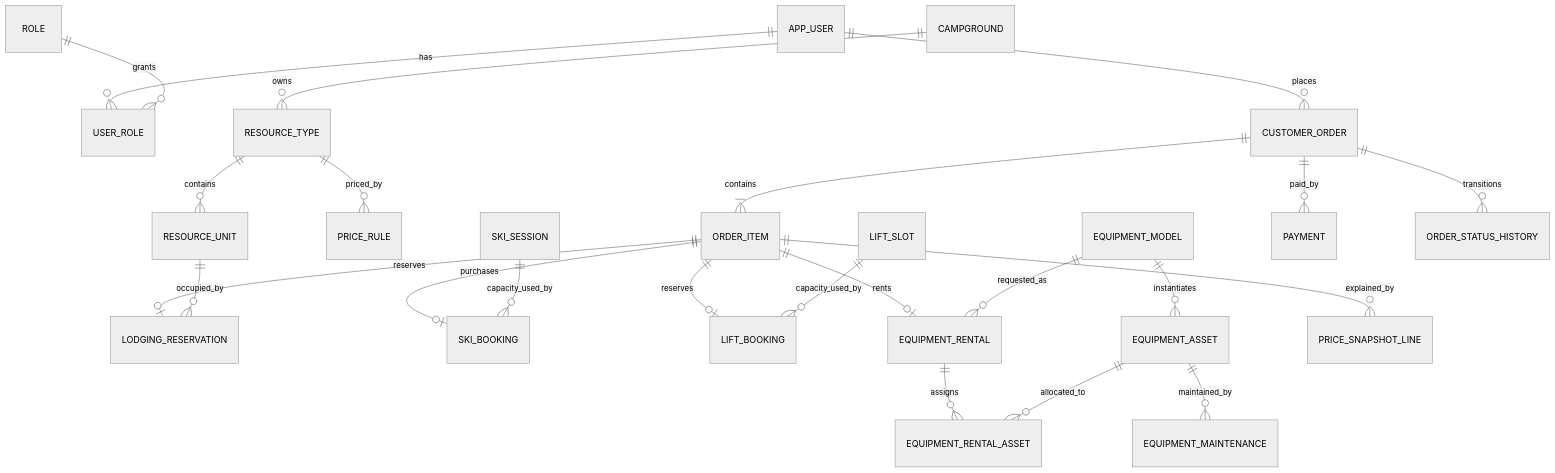
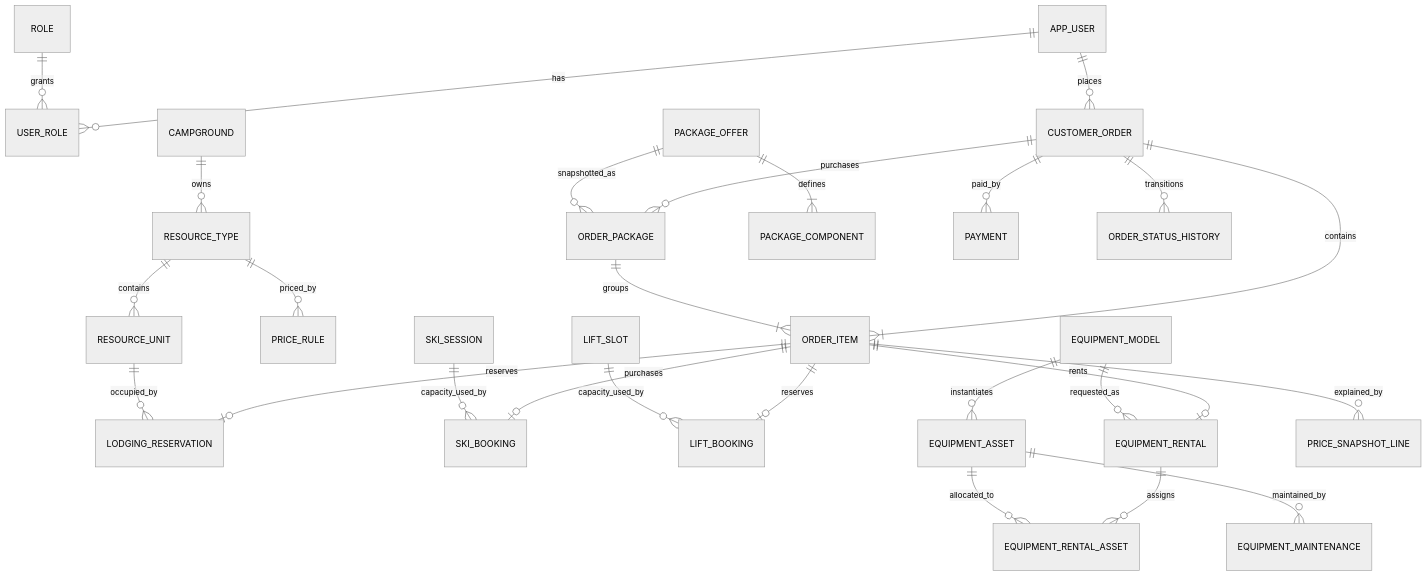
Before and after one commit to kamiweiwei12/-: the diagram in docs/design/DATABASE_DESIGN.md, drawn with Mermaid (neutral theme). The commit also changed other lines of this file and 17 other files, not shown here.

````diff
--- a/docs/design/DATABASE_DESIGN.md
+++ b/docs/design/DATABASE_DESIGN.md
@@ -7,25 +7,29 @@
 ```mermaid
 erDiagram
     APP_USER ||--o{ USER_ROLE : has
     ROLE ||--o{ USER_ROLE : grants
     APP_USER ||--o{ CUSTOMER_ORDER : places
     CAMPGROUND ||--o{ RESOURCE_TYPE : owns
     RESOURCE_TYPE ||--o{ RESOURCE_UNIT : contains
     RESOURCE_TYPE ||--o{ PRICE_RULE : priced_by
     CUSTOMER_ORDER ||--|{ ORDER_ITEM : contains
+    CUSTOMER_ORDER ||--o{ ORDER_PACKAGE : purchases
+    PACKAGE_OFFER ||--o{ ORDER_PACKAGE : snapshotted_as
+    PACKAGE_OFFER ||--|{ PACKAGE_COMPONENT : defines
+    ORDER_PACKAGE ||--|{ ORDER_ITEM : groups
     ORDER_ITEM ||--o| LODGING_RESERVATION : reserves
     RESOURCE_UNIT ||--o{ LODGING_RESERVATION : occupied_by
     ORDER_ITEM ||--o| SKI_BOOKING : purchases
     SKI_SESSION ||--o{ SKI_BOOKING : capacity_used_by
     ORDER_ITEM ||--o| LIFT_BOOKING : reserves
     LIFT_SLOT ||--o{ LIFT_BOOKING : capacity_used_by
     ORDER_ITEM ||--o| EQUIPMENT_RENTAL : rents
     EQUIPMENT_MODEL ||--o{ EQUIPMENT_RENTAL : requested_as
     EQUIPMENT_MODEL ||--o{ EQUIPMENT_ASSET : instantiates
     EQUIPMENT_RENTAL ||--o{ EQUIPMENT_RENTAL_ASSET : assigns
     EQUIPMENT_ASSET ||--o{ EQUIPMENT_RENTAL_ASSET : allocated_to
     EQUIPMENT_ASSET ||--o{ EQUIPMENT_MAINTENANCE : maintained_by
     ORDER_ITEM ||--o{ PRICE_SNAPSHOT_LINE : explained_by
     CUSTOMER_ORDER ||--o{ PAYMENT : paid_by
     CUSTOMER_ORDER ||--o{ ORDER_STATUS_HISTORY : transitions
 ```
````
